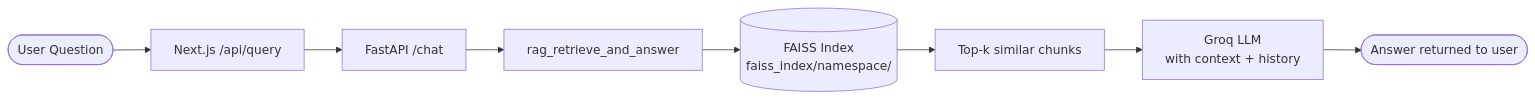
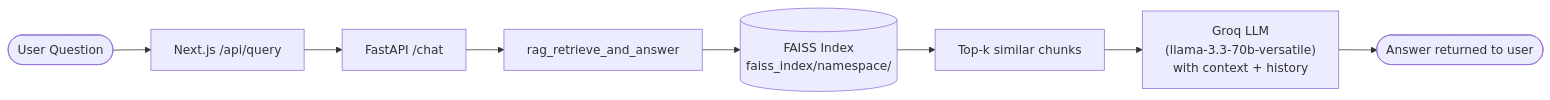
The second of 3 diagrams in README.md (Likithsatya192/Multi-Model-AI-Agent-for-Health-Diagnostics), drawn with Mermaid before and after one commit. The commit also changed other lines of this file, not shown here.

Commit message:
docs(readme): add report endpoints, clarify LLM models, and fix RAG pipeline  architecture

````diff
--- a/README.md
+++ b/README.md
@@ -70,10 +75,10 @@
 ```mermaid
 flowchart LR
     U([User Question]) --> Q[Next.js /api/query]
     Q --> F[FastAPI /chat]
     F --> R[rag_retrieve_and_answer]
     R --> V[(FAISS Index\nfaiss_index/namespace/)]
     V --> E[Top-k similar chunks]
-    E --> L[Groq LLM\nwith context + history]
+    E --> L["Groq LLM\n(llama-3.3-70b-versatile)\nwith context + history"]
     L --> A([Answer returned to user])
 ```
````
